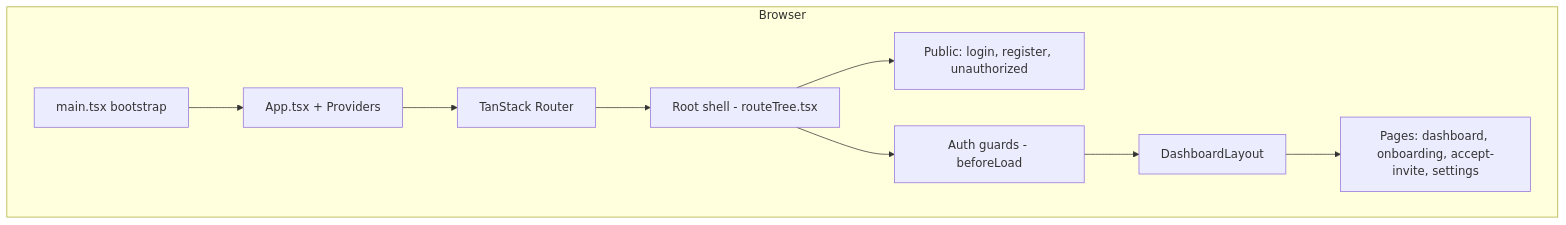
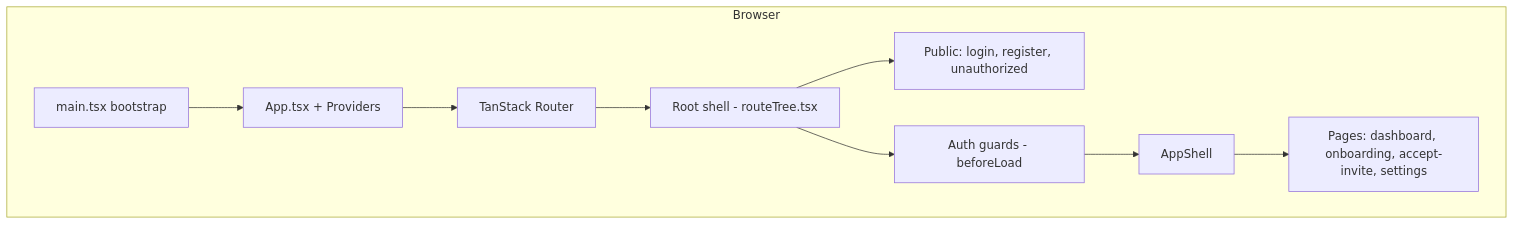
One commit to nikunjmavani/core-fe changed the first of 2 diagrams in README.md. Above: the diagram before and after it, drawn with Mermaid. The commit also changed other lines of this file and 408 other files, not shown here.

````diff
--- a/README.md
+++ b/README.md
@@ -155,16 +155,16 @@
 ```mermaid
 flowchart TB
   subgraph Browser
     A[main.tsx bootstrap]
     B[App.tsx + Providers]
     C[TanStack Router]
     D[Root shell - routeTree.tsx]
     E[Public: login, register, unauthorized]
     F[Auth guards - beforeLoad]
-    G[DashboardLayout]
+    G[AppShell]
     H[Pages: dashboard, onboarding, accept-invite, settings]
   end
   A --> B --> C --> D
   D --> E
   D --> F --> G --> H
 ```
````
